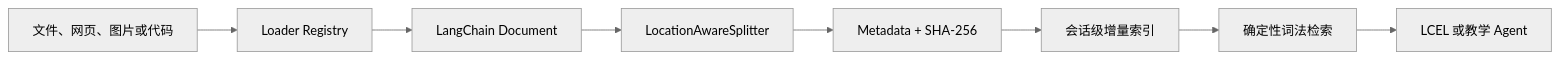
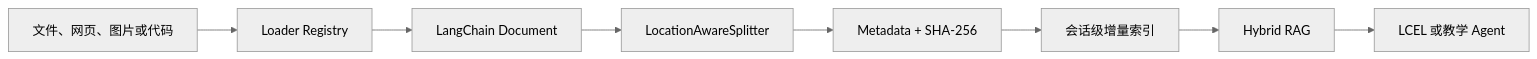
The second of 4 diagrams in README.md (gtfy12345/learning-coach), drawn with Mermaid (neutral theme) before and after one commit. The commit also changed other lines of this file and 20 other files, not shown here.

````diff
--- a/README.md
+++ b/README.md
@@ -214,10 +218,10 @@
 ```mermaid
 flowchart LR
     I[文件、网页、图片或代码] --> L[Loader Registry]
     L --> D[LangChain Document]
     D --> S[LocationAwareSplitter]
     S --> H[Metadata + SHA-256]
     H --> X[会话级增量索引]
-    X --> R[确定性词法检索]
+    X --> R[Hybrid RAG]
     R --> T[LCEL 或教学 Agent]
 ```
````
